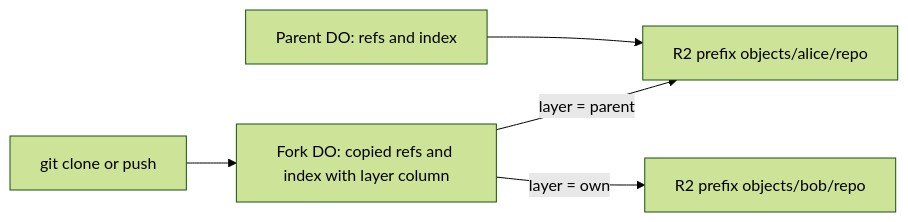
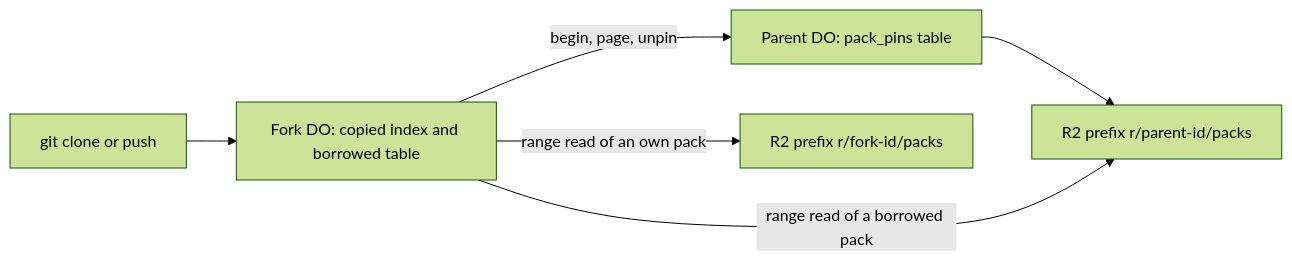
The diagram in plain/cow-forks.md (idl3/git-edge), drawn with Mermaid (forest theme) before and after one commit. The commit also changed other lines of this file and 65 other files, not shown here.

````diff
--- a/plain/cow-forks.md
+++ b/plain/cow-forks.md
@@ -26,7 +29,8 @@
 ```mermaid
 flowchart LR
-  Client["git clone or push"] --> ForkDO["Fork DO: copied refs and index with layer column"]
-  ParentDO["Parent DO: refs and index"] --> ParentR2["R2 prefix objects/alice/repo"]
-  ForkDO -->|"layer = parent"| ParentR2
-  ForkDO -->|"layer = own"| ForkR2["R2 prefix objects/bob/repo"]
+  Client["git clone or push"] --> ForkDO["Fork DO: copied index and borrowed table"]
+  ForkDO -->|"begin, page, unpin"| ParentDO["Parent DO: pack_pins table"]
+  ParentDO --> ParentR2["R2 prefix r/parent-id/packs"]
+  ForkDO -->|"range read of a borrowed pack"| ParentR2
+  ForkDO -->|"range read of an own pack"| ForkR2["R2 prefix r/fork-id/packs"]
 ```
````
